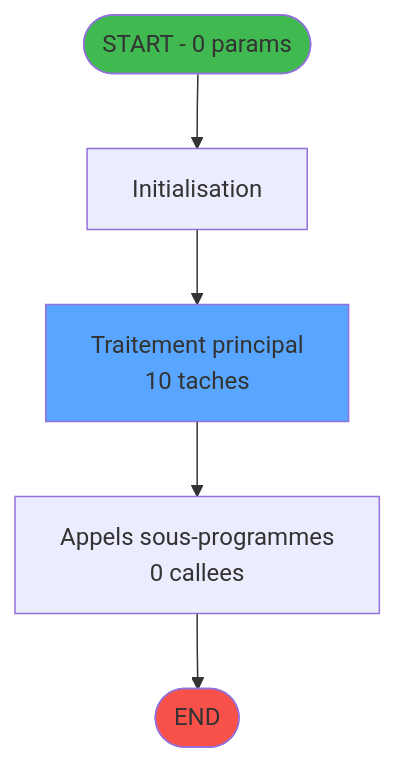
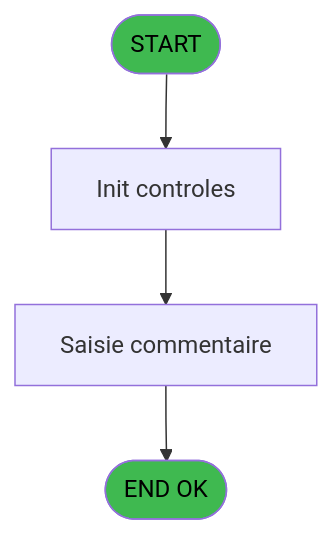
Before and after one commit to thonyAGP/magic-migration: the second of 4 diagrams in .openspec/specs/ADH-IDE-130.md, drawn with Mermaid. The commit also changed other lines of this file and 253 other files, not shown here.

````diff
--- a/.openspec/specs/ADH-IDE-130.md
+++ b/.openspec/specs/ADH-IDE-130.md
@@ -88,14 +1575,13 @@
 ```mermaid
 flowchart TD
-    START([START - 0 params])
-    INIT["Initialisation"]
-    PROCESS["Traitement principal<br/>10 taches"]
-    CALLS["Appels sous-programmes<br/>0 callees"]
-    ENDOK([END])
+    START([START])
+    INIT[Init controles]
+    SAISIE[Saisie commentaire]
+    ENDOK([END OK])
 
-    START --> INIT --> PROCESS --> CALLS --> ENDOK
+    START --> INIT --> SAISIE
+    SAISIE --> ENDOK
 
-    style START fill:#3fb950
-    style ENDOK fill:#f85149
-    style PROCESS fill:#58a6ff
+    style START fill:#3fb950,color:#000
+    style ENDOK fill:#3fb950,color:#000
 ```
````
